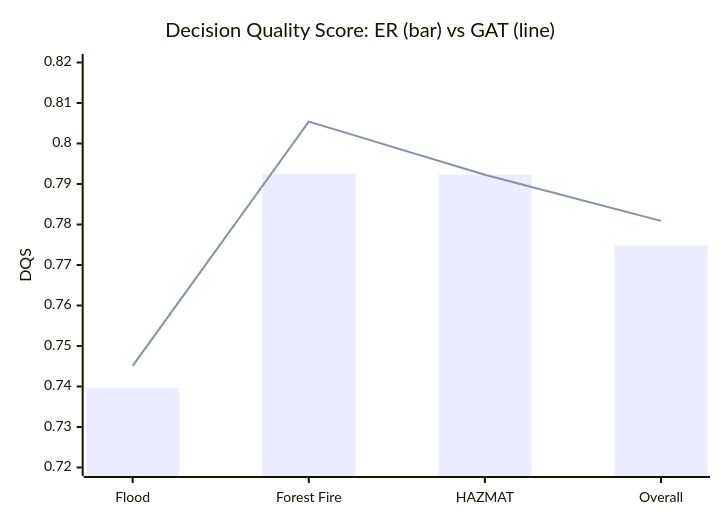
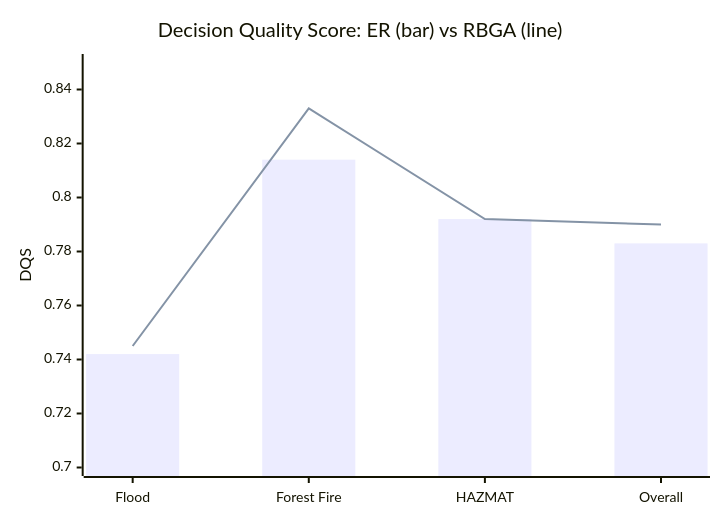
Before and after one commit to kerbgr/crisis_mas_poc: the first of 6 diagrams in docs/RESULTS.md, drawn with Mermaid. The commit also changed other lines of this file and 3 other files, not shown here.

````diff
--- a/docs/RESULTS.md
+++ b/docs/RESULTS.md
@@ -53,8 +56,8 @@
 ```mermaid
 xychart-beta
-    title "Decision Quality Score: ER (bar) vs GAT (line)"
+    title "Decision Quality Score: ER (bar) vs RBGA (line)"
     x-axis ["Flood", "Forest Fire", "HAZMAT", "Overall"]
-    y-axis "DQS" 0.72 --> 0.82
-    bar [0.7396, 0.7925, 0.7923, 0.7748]
-    line [0.7451, 0.8054, 0.7923, 0.7809]
+    y-axis "DQS" 0.70 --> 0.85
+    bar [0.742, 0.814, 0.792, 0.783]
+    line [0.745, 0.833, 0.792, 0.790]
 ```
````
